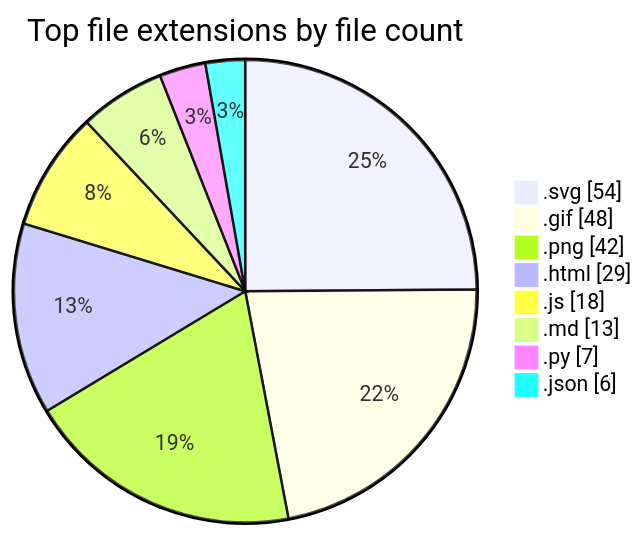
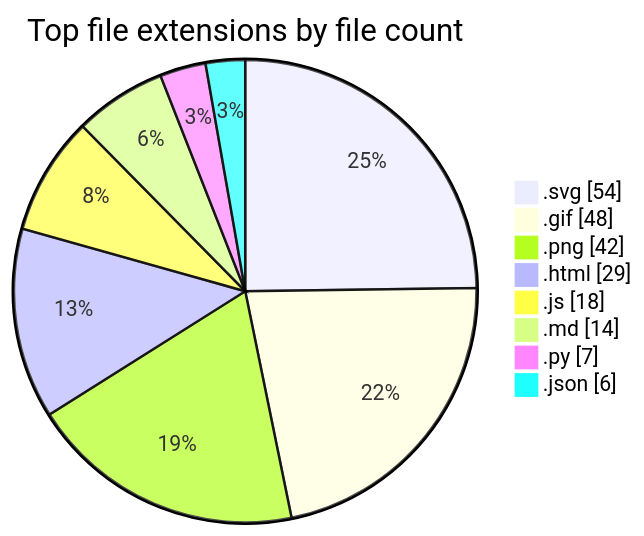
The second of 2 diagrams in README.md (tchinso/tchinso), drawn with Mermaid before and after one commit. The commit also changed other lines of this file, not shown here.

````diff
--- a/README.md
+++ b/README.md
@@ -46,12 +46,12 @@
 ```mermaid
 pie showData
     title Top file extensions by file count
     ".svg" : 54
     ".gif" : 48
     ".png" : 42
     ".html" : 29
     ".js" : 18
-    ".md" : 13
+    ".md" : 14
     ".py" : 7
     ".json" : 6
 ```
````
